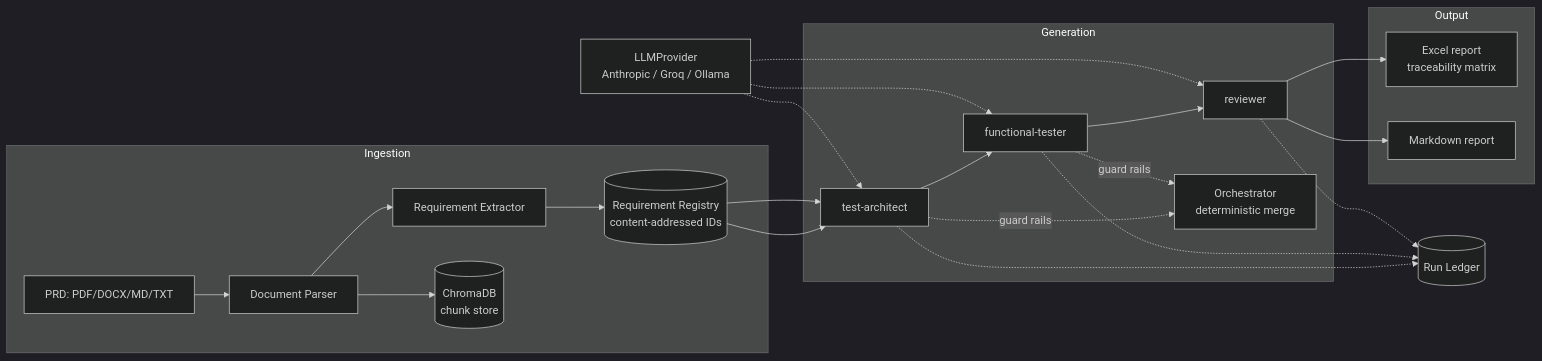
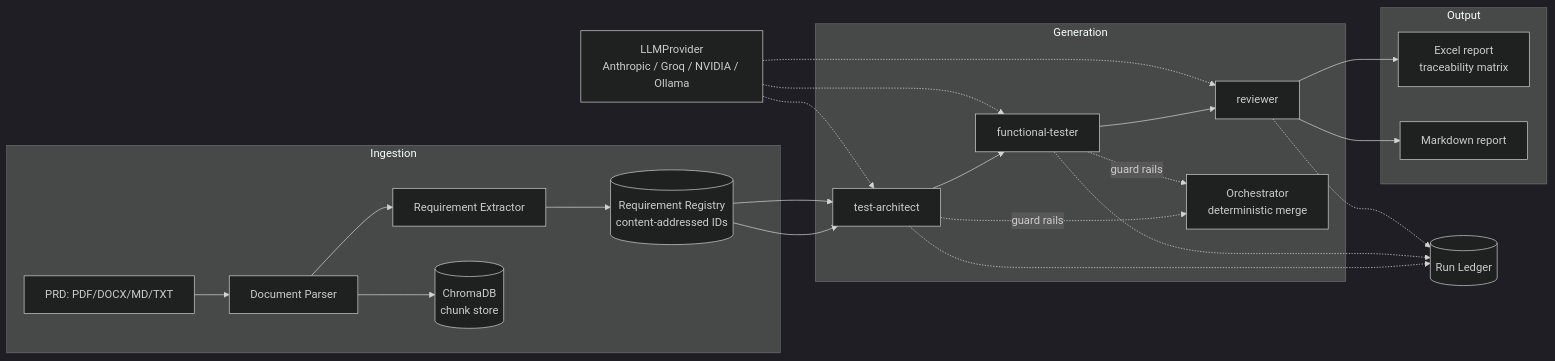
The diagram in README.md (nikhiltulsani1/DriftPin), drawn with Mermaid (dark theme) before and after one commit. The commit also changed other lines of this file and 53 other files, not shown here.

````diff
--- a/README.md
+++ b/README.md
@@ -23,30 +23,30 @@
 ```mermaid
 flowchart LR
     subgraph Ingestion
         Doc[PRD: PDF/DOCX/MD/TXT] --> Parser[Document Parser]
         Parser --> Extractor[Requirement Extractor]
         Extractor --> Registry[(Requirement Registry\ncontent-addressed IDs)]
         Parser --> Chroma[(ChromaDB\nchunk store)]
     end
 
     subgraph Generation
         Registry --> Architect[test-architect]
         Architect --> Tester[functional-tester]
         Tester --> Reviewer[reviewer]
         Architect -. guard rails .-> Orchestrator[Orchestrator\ndeterministic merge]
         Tester -. guard rails .-> Orchestrator
     end
 
     subgraph Output
         Reviewer --> Excel[Excel report\ntraceability matrix]
         Reviewer --> Markdown[Markdown report]
     end
 
     Registry --> Architect
-    Provider[LLMProvider\nAnthropic / Groq / Ollama] -.-> Architect
+    Provider[LLMProvider\nAnthropic / Groq / NVIDIA / Ollama] -.-> Architect
     Provider -.-> Tester
     Provider -.-> Reviewer
     Architect -.-> Ledger[(Run Ledger)]
     Tester -.-> Ledger
     Reviewer -.-> Ledger
 ```
````
